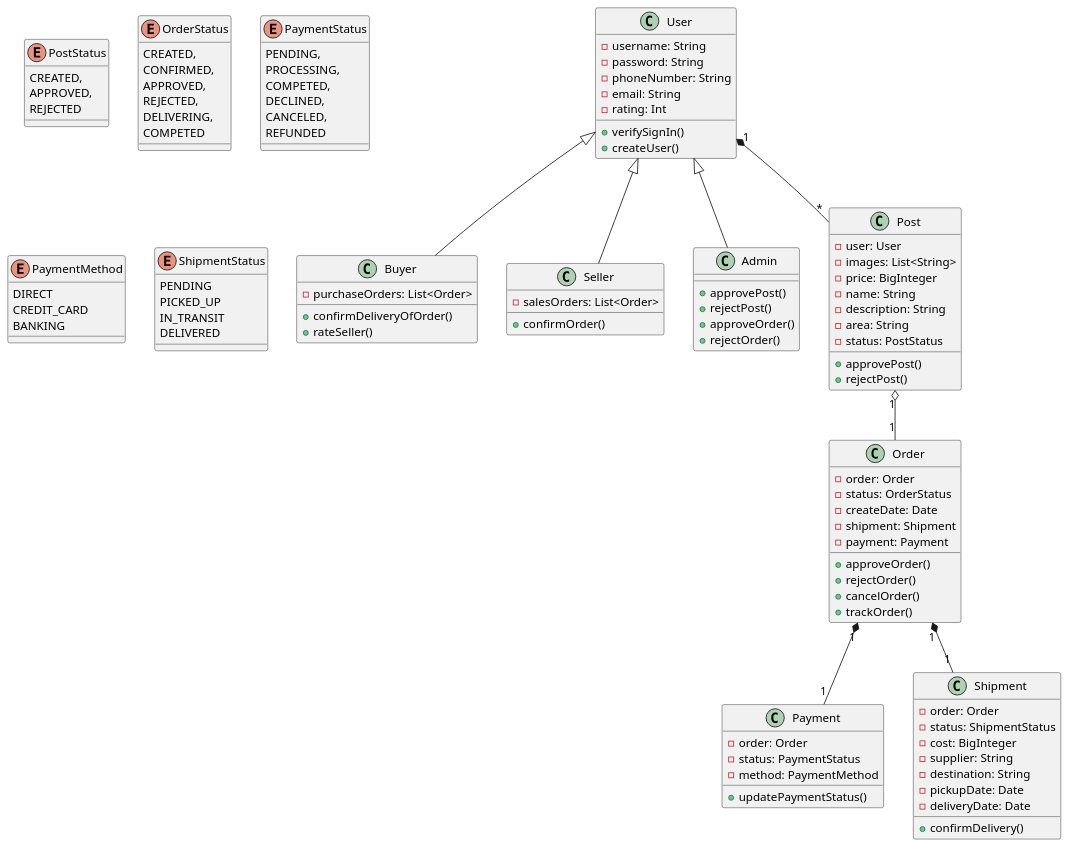
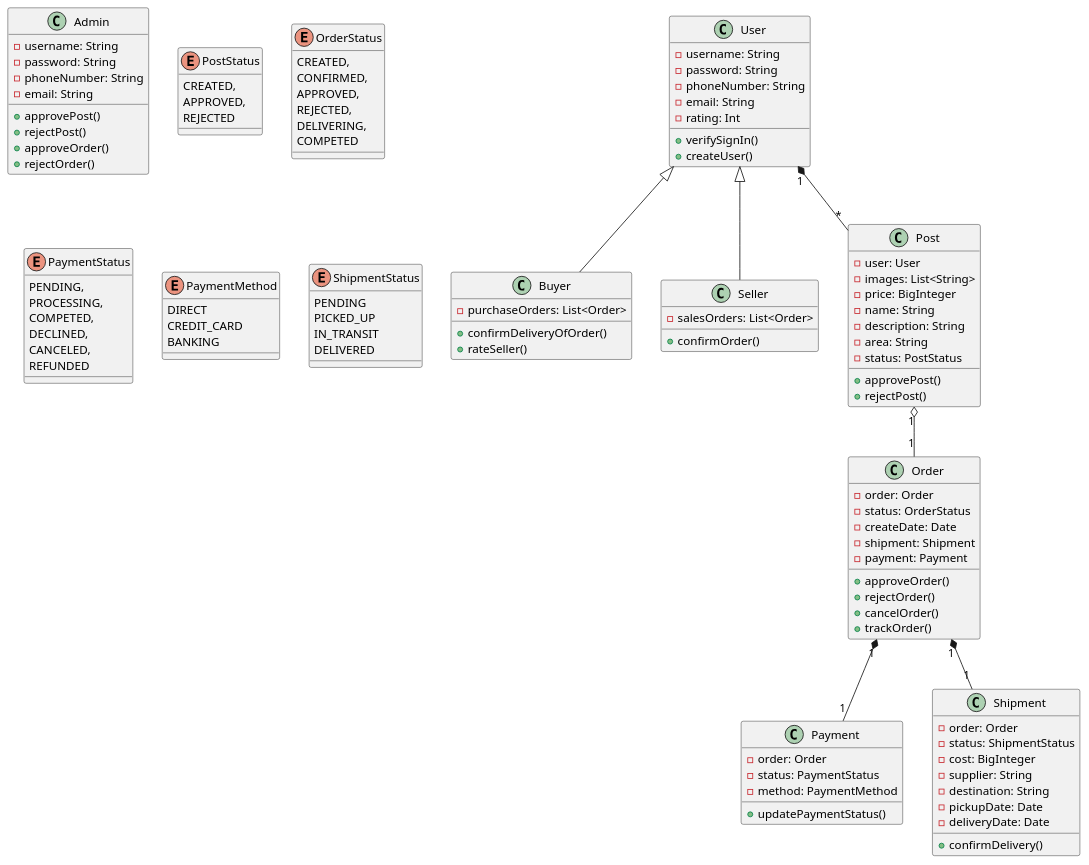
The diagram in Lab 1.2/class.puml (doublek2712/SE357-Pratice-class), drawn with PlantUML before and after one commit. The commit also changed 1 other file, not shown here.

```diff
--- a/Lab 1.2/class.puml
+++ b/Lab 1.2/class.puml
@@ -1,117 +1,120 @@
 @startuml
 class User {
     -username: String
     -password: String
     -phoneNumber: String
     -email: String
     -rating: Int
     +verifySignIn()
     +createUser()
 }
 
 class Buyer {
     -purchaseOrders: List<Order>
     +confirmDeliveryOfOrder()
     +rateSeller()
 }
 
 class Seller {
     -salesOrders: List<Order>
     +confirmOrder()
 }
 
 class Admin {
+    -username: String
+    -password: String
+    -phoneNumber: String
+    -email: String
     +approvePost()
     +rejectPost()
     +approveOrder()
     +rejectOrder()
 }
 
 class Post {
     -user: User
     -images: List<String>
     -price: BigInteger
     -name: String
     -description: String
     -area: String
     -status: PostStatus
     +approvePost()
     +rejectPost()
 }
 
 enum PostStatus {
     CREATED,
     APPROVED,
     REJECTED
 }
 
 class Order {
     -order: Order
     -status: OrderStatus
     -createDate: Date
     -shipment: Shipment
     -payment: Payment
     +approveOrder()
     +rejectOrder()
     +cancelOrder()
     +trackOrder()
 }
 
 enum OrderStatus {
     CREATED,
     CONFIRMED,
     APPROVED,
     REJECTED,
     DELIVERING,
     COMPETED
 }
 
 class Payment {
     -order: Order
     -status: PaymentStatus
     -method: PaymentMethod
     +updatePaymentStatus()
 }
 
 enum PaymentStatus {
     PENDING,
     PROCESSING,
     COMPETED,
     DECLINED,
     CANCELED,
     REFUNDED
 }
 
 enum PaymentMethod {
     DIRECT
     CREDIT_CARD
     BANKING
 }
 
 class Shipment {
     -order: Order
     -status: ShipmentStatus
     -cost: BigInteger
     -supplier: String
     -destination: String
     -pickupDate: Date
     -deliveryDate: Date
     +confirmDelivery()
 }
 
 enum ShipmentStatus {
     PENDING
     PICKED_UP
     IN_TRANSIT
     DELIVERED
 }
 
 User "1" *-- "*" Post
 Post "1" o-- "1" Order
 Order "1" *-- "1" Payment
 Order "1" *-- "1" Shipment
 User <|-- Buyer
 User <|-- Seller
-User <|-- Admin
 
 @enduml
```
